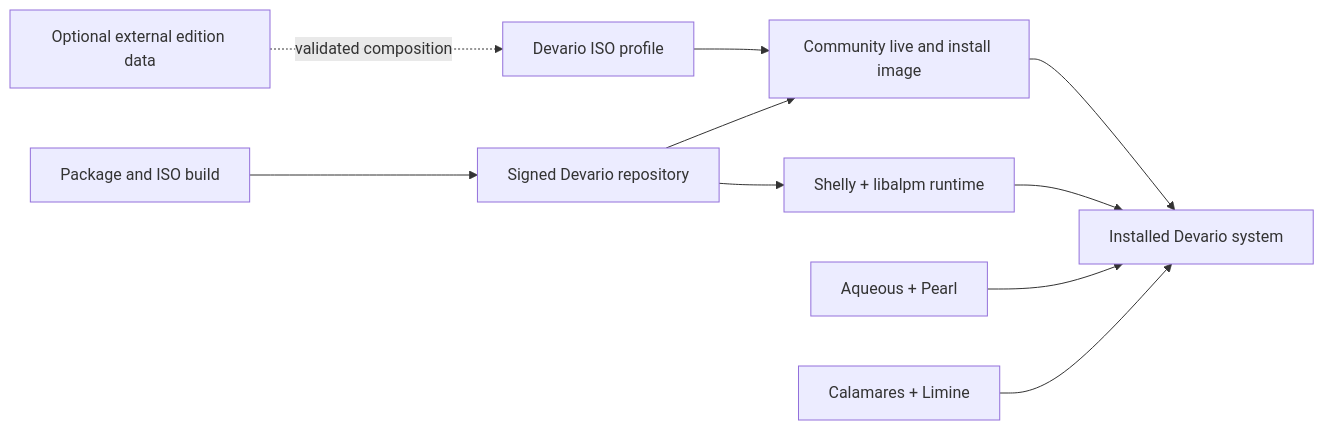
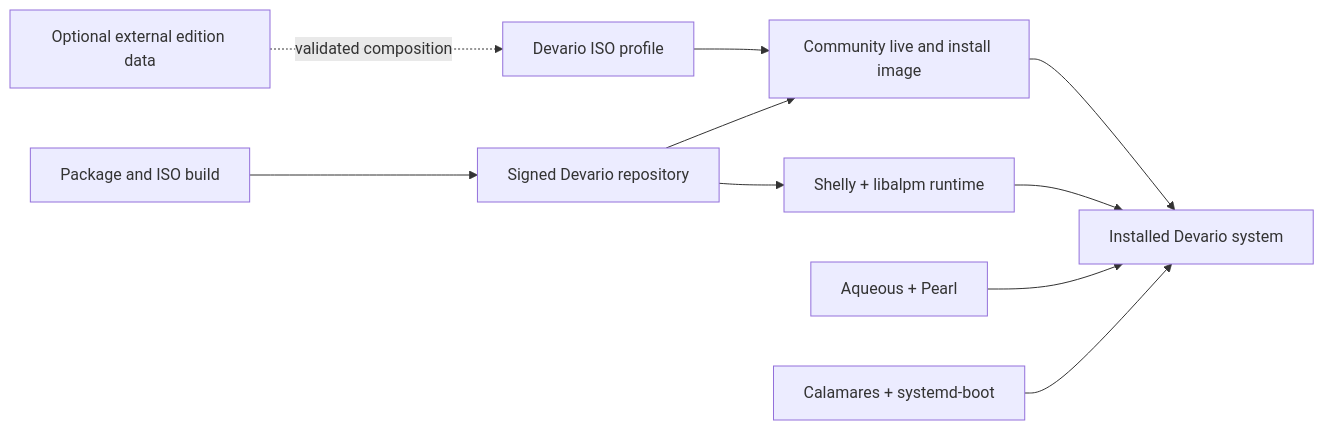
Before and after one commit to Seafoam-Labs/devario-os: the diagram in docs/architecture.md, drawn with Mermaid. The commit also changed other lines of this file and 39 other files, not shown here.

````diff
--- a/docs/architecture.md
+++ b/docs/architecture.md
@@ -17,12 +17,12 @@
 ```mermaid
 flowchart LR
     Build["Package and ISO build"] --> Repo["Signed Devario repository"]
     Repo --> Shelly["Shelly + libalpm runtime"]
     Profile["Devario ISO profile"] --> Image["Community live and install image"]
     Repo --> Image
     Image --> System["Installed Devario system"]
     Shelly --> System
     Desktop["Aqueous + Pearl"] --> System
-    Installer["Calamares + Limine"] --> System
+    Installer["Calamares + systemd-boot"] --> System
     Edition["Optional external edition data"] -. "validated composition" .-> Profile
 ```
````
